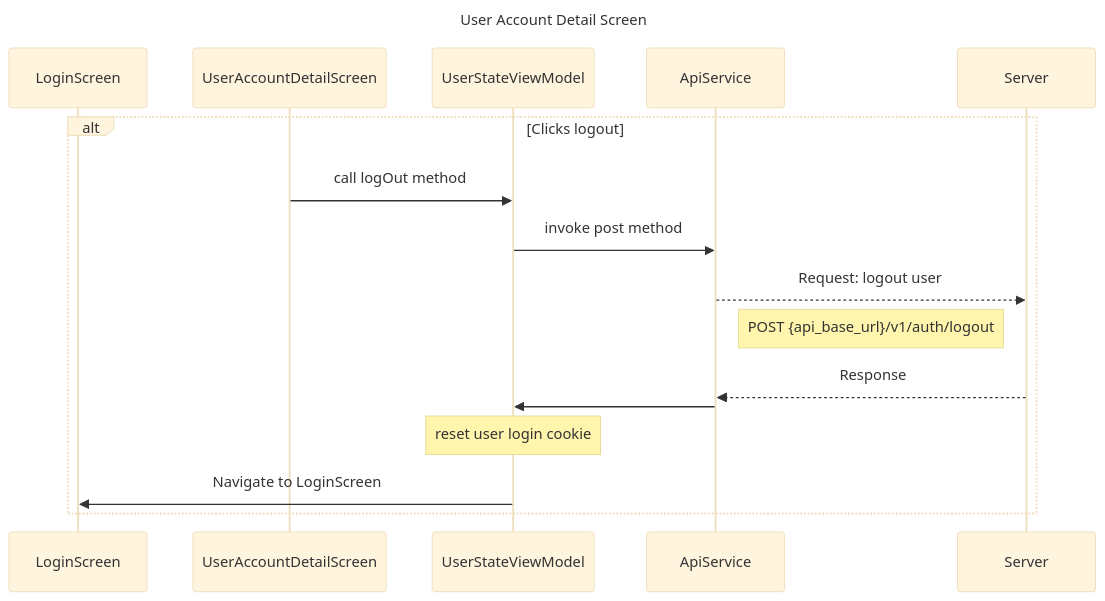
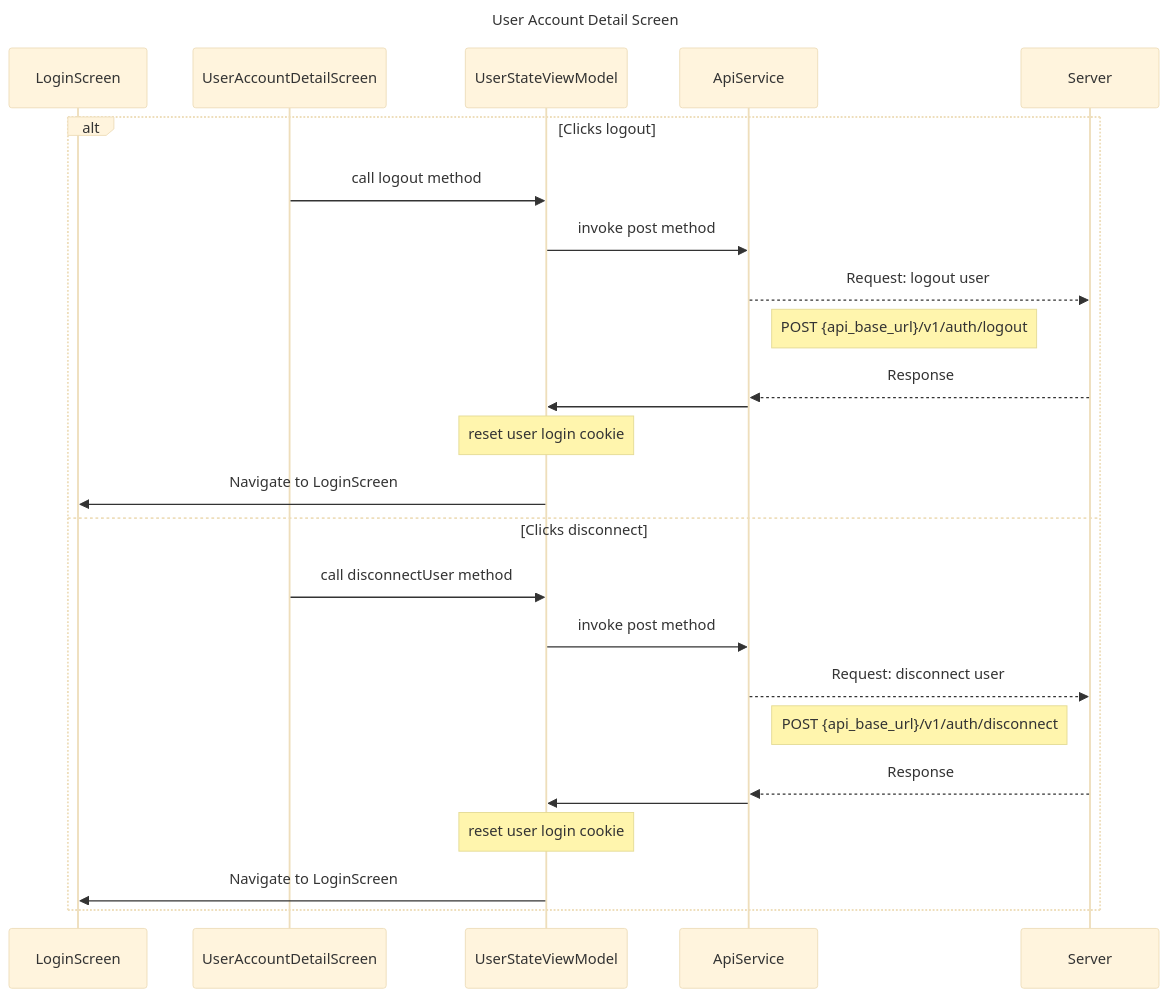
The diagram in flowDiagrams/IOS/userAccountDetailScreen.mermaid (TrueSparrowSystems/AI-SalesSparrow-Docs), drawn with Mermaid (base theme) before and after one commit. The commit also changed 12 other files, not shown here.

Commit message:
Added sprint 2 flow diagrams for andriod

```diff
--- a/flowDiagrams/IOS/userAccountDetailScreen.mermaid
+++ b/flowDiagrams/IOS/userAccountDetailScreen.mermaid
@@ -1,23 +1,32 @@
 sequenceDiagram
     title User Account Detail Screen
-
 
     participant LS as LoginScreen
     participant UADS as UserAccountDetailScreen
     participant USVM as UserStateViewModel
     participant AS as ApiService
     participant S as Server
 
     alt Clicks logout
-        UADS->>USVM: call logOut method
+        UADS->>USVM: call logout method
         USVM->>AS: invoke post method
         AS-->> S: Request: logout user
         note right of AS: POST {api_base_url}/v1/auth/logout
 
         S-->>AS: Response
         AS->>USVM: 
         note over USVM: reset user login cookie
 
         USVM->>LS: Navigate to LoginScreen
+    else Clicks disconnect
+        UADS->>USVM: call disconnectUser method
+        USVM->>AS: invoke post method
+        AS-->> S: Request: disconnect user
+        note right of AS: POST {api_base_url}/v1/auth/disconnect
 
+        S-->>AS: Response
+        AS->>USVM: 
+        note over USVM: reset user login cookie
+
+        USVM->>LS: Navigate to LoginScreen
     end
```
